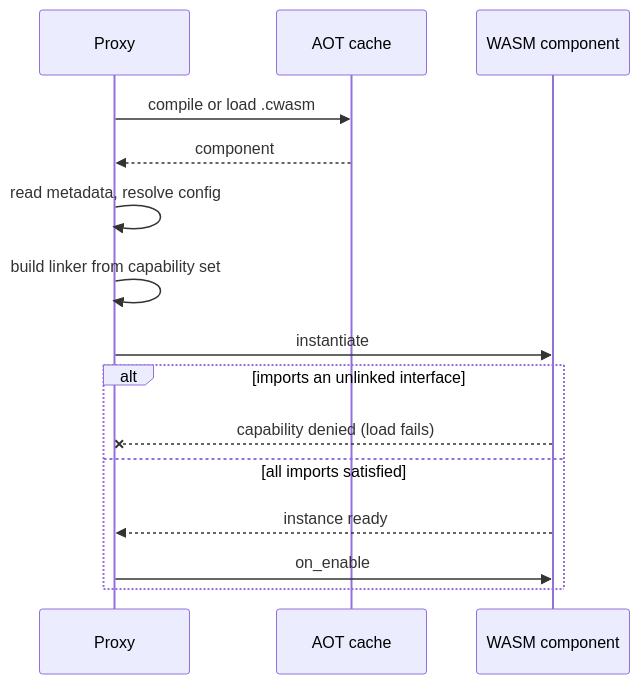
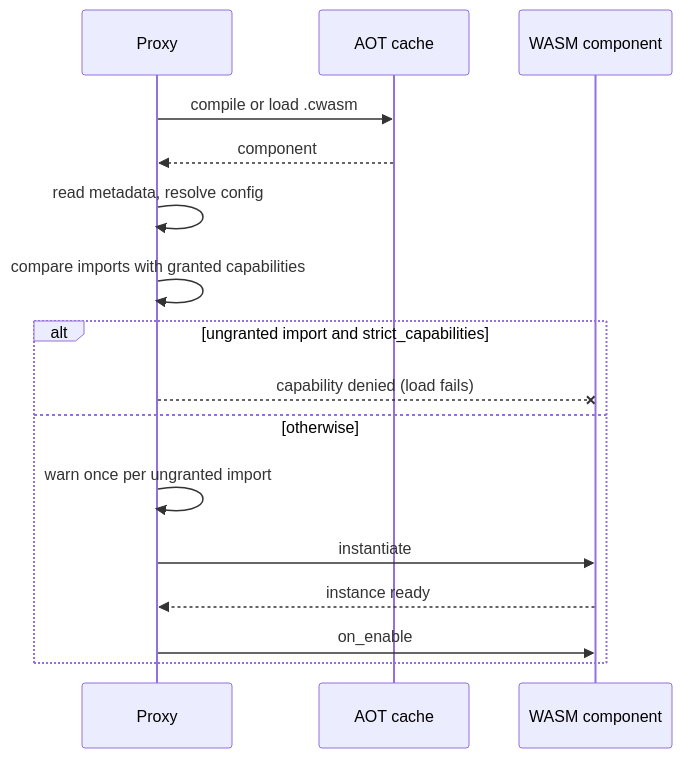
Before and after one commit to Shadowner/Infrarust: the diagram in docs/v2/plugins/wasm/deploying.md, drawn with Mermaid. The commit also changed other lines of this file and 36 other files, not shown here.

First line of the commit message:
feat: check WASM capabilities when a plugin calls, not when it links

````diff
--- a/docs/v2/plugins/wasm/deploying.md
+++ b/docs/v2/plugins/wasm/deploying.md
@@ -116,17 +117,18 @@
 ```mermaid
 sequenceDiagram
     participant Proxy
     participant Cache as AOT cache
     participant Plugin as WASM component
     Proxy->>Cache: compile or load .cwasm
     Cache-->>Proxy: component
     Proxy->>Proxy: read metadata, resolve config
-    Proxy->>Proxy: build linker from capability set
-    Proxy->>Plugin: instantiate
-    alt imports an unlinked interface
-        Plugin--xProxy: capability denied (load fails)
-    else all imports satisfied
+    Proxy->>Proxy: compare imports with granted capabilities
+    alt ungranted import and strict_capabilities
+        Proxy--xPlugin: capability denied (load fails)
+    else otherwise
+        Proxy->>Proxy: warn once per ungranted import
+        Proxy->>Plugin: instantiate
         Plugin-->>Proxy: instance ready
         Proxy->>Plugin: on_enable
     end
 ```
````
